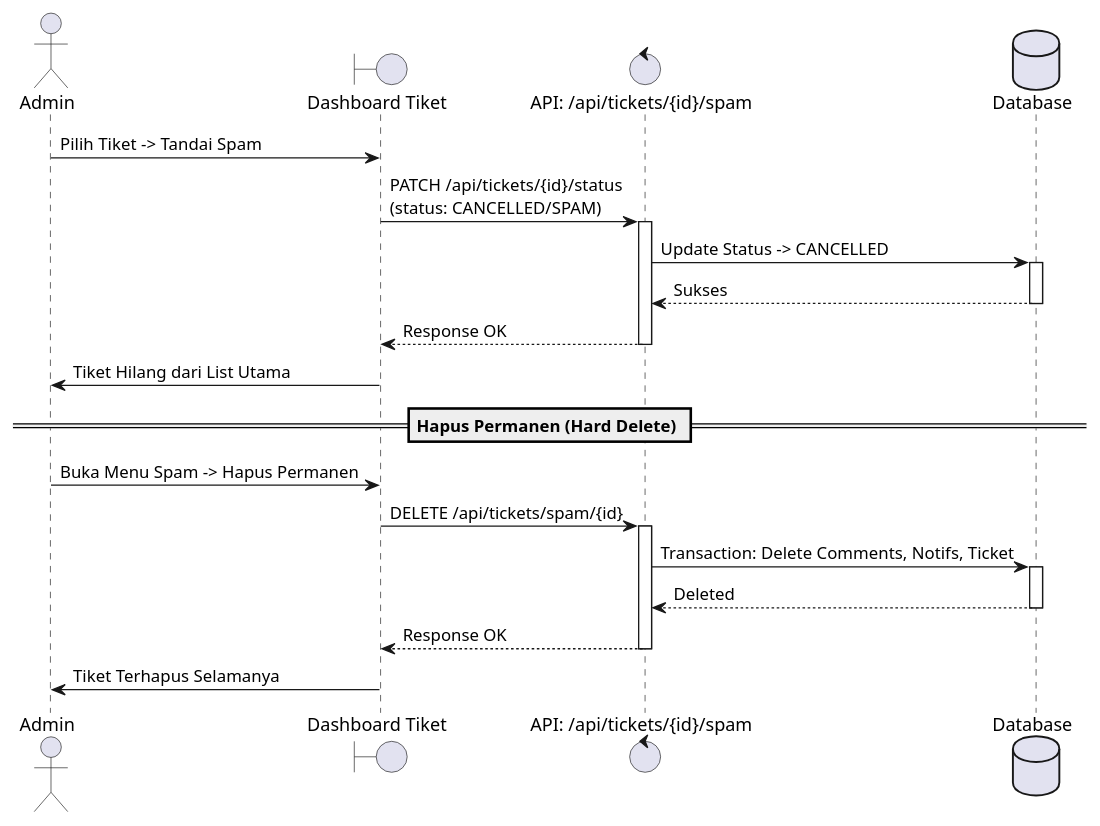
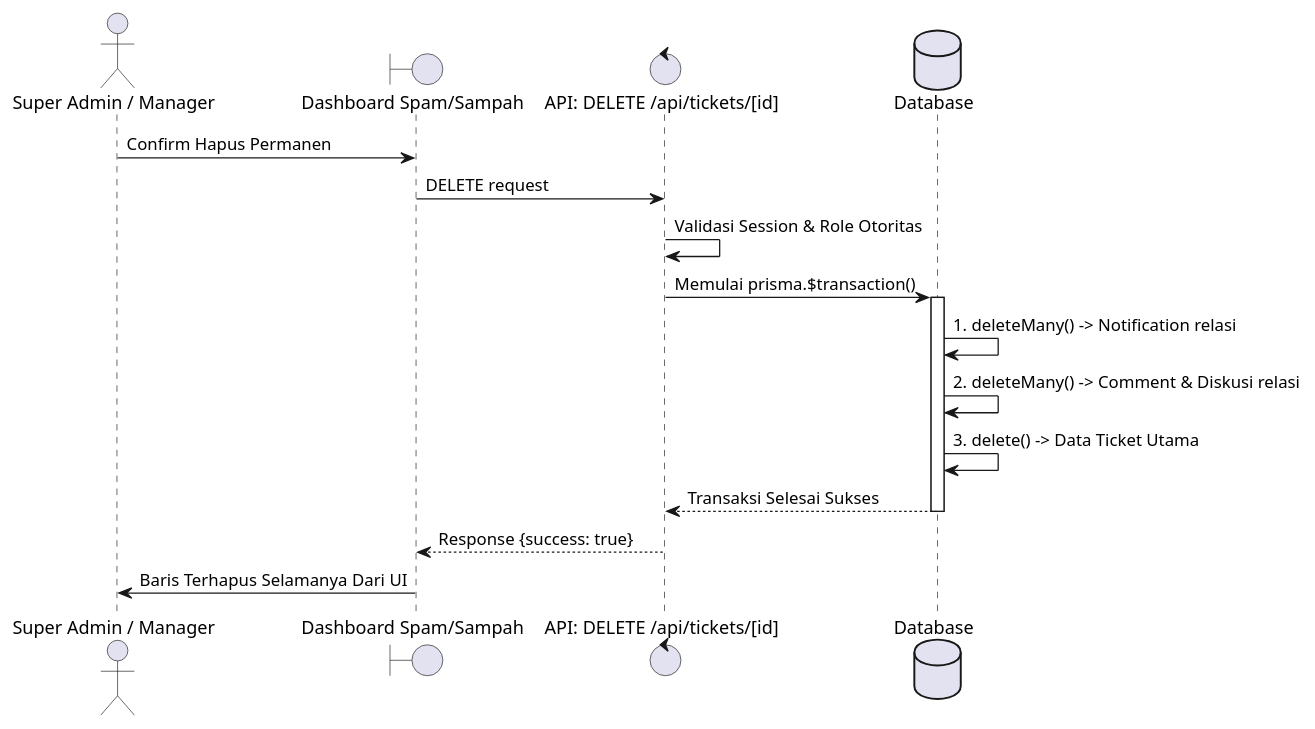
Diagram 14 of 15 in docs/SEQUENCE_DIAGRAMS_PLANTUML.md (mrahmatfadila/bissmillah-skripsi-web), drawn with PlantUML before and after one commit. The commit also changed other lines of this file and 41 other files, not shown here.

````diff
--- a/docs/SEQUENCE_DIAGRAMS_PLANTUML.md
+++ b/docs/SEQUENCE_DIAGRAMS_PLANTUML.md
@@ -209,33 +273,23 @@
 ```plantuml
 @startuml
-actor Admin as "Admin"
-boundary UI as "Dashboard Tiket"
-control API as "API: /api/tickets/{id}/spam"
+actor Admin as "Super Admin / Manager"
+boundary UI as "Dashboard Spam/Sampah"
+control Server as "API: DELETE /api/tickets/[id]"
 database DB as "Database"
 
-Admin -> UI : Pilih Tiket -> Tandai Spam
-UI -> API : PATCH /api/tickets/{id}/status\n(status: CANCELLED/SPAM)
-activate API
+Admin -> UI : Confirm Hapus Permanen
+UI -> Server : DELETE request
+Server -> Server : Validasi Session & Role Otoritas
 
-API -> DB : Update Status -> CANCELLED
+Server -> DB : Memulai prisma.$transaction()
 activate DB
-DB --> API : Sukses
+DB -> DB : 1. deleteMany() -> Notification relasi
+DB -> DB : 2. deleteMany() -> Comment & Diskusi relasi
+DB -> DB : 3. delete() -> Data Ticket Utama
+DB --> Server : Transaksi Selesai Sukses
 deactivate DB
 
-API --> UI : Response OK
-deactivate API
-UI -> Admin : Tiket Hilang dari List Utama
-
-== Hapus Permanen (Hard Delete) ==
-Admin -> UI : Buka Menu Spam -> Hapus Permanen
-UI -> API : DELETE /api/tickets/spam/{id}
-activate API
-API -> DB : Transaction: Delete Comments, Notifs, Ticket
-activate DB
-DB --> API : Deleted
-deactivate DB
-API --> UI : Response OK
-deactivate API
-UI -> Admin : Tiket Terhapus Selamanya
+Server --> UI : Response {success: true}
+UI -> Admin : Baris Terhapus Selamanya Dari UI
 @enduml
 ```
````
